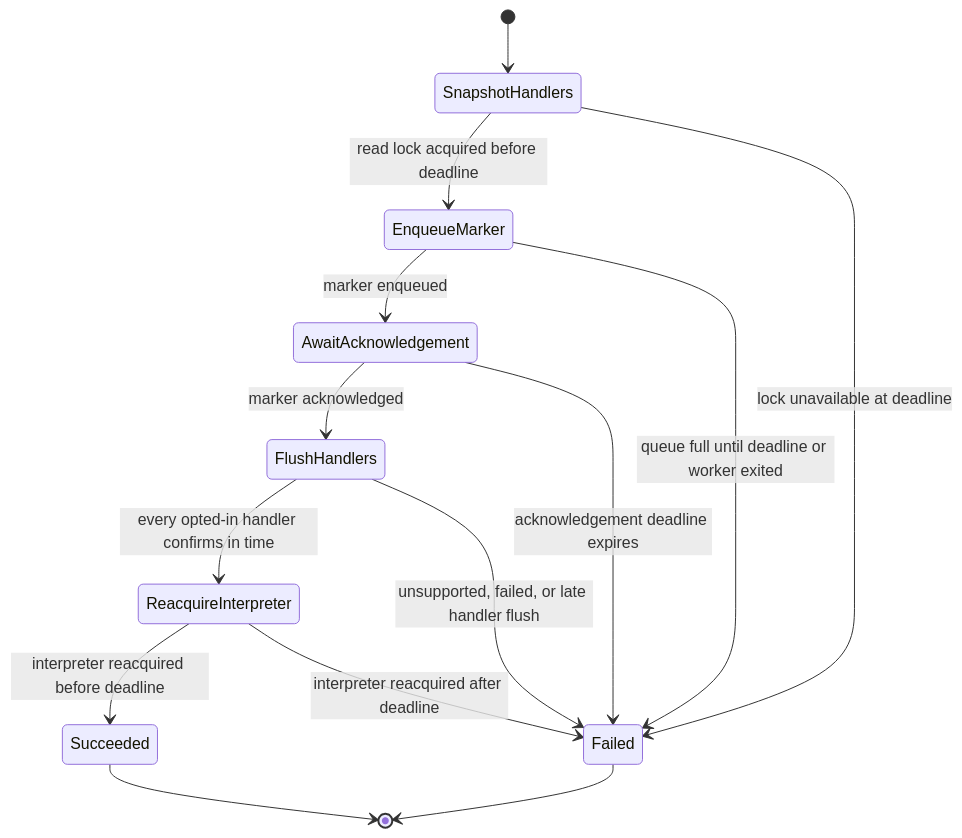
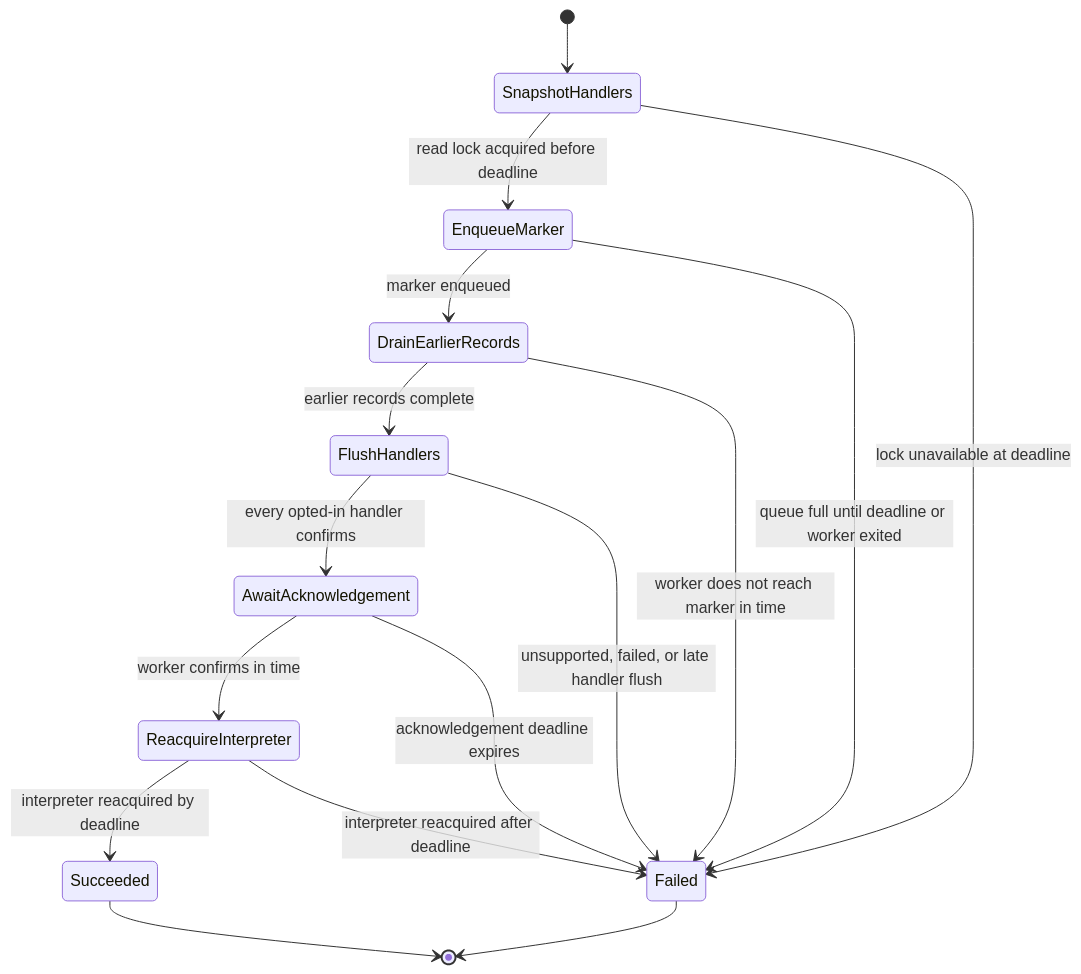
Before and after one commit to leynos/femtologging: the first of 8 diagrams in docs/rust-multithreaded-logging-framework-for-python-design.md, drawn with Mermaid. The commit also changed other lines of this file and 8 other files, not shown here.

First line of the commit message:
Bound handler flushes to the barrier deadline (#438)

````diff
--- a/docs/rust-multithreaded-logging-framework-for-python-design.md
+++ b/docs/rust-multithreaded-logging-framework-for-python-design.md
@@ -220,16 +222,18 @@
 ```mermaid
 stateDiagram-v2
     [*] --> SnapshotHandlers
     SnapshotHandlers --> EnqueueMarker: read lock acquired before deadline
     SnapshotHandlers --> Failed: lock unavailable at deadline
-    EnqueueMarker --> AwaitAcknowledgement: marker enqueued
+    EnqueueMarker --> DrainEarlierRecords: marker enqueued
     EnqueueMarker --> Failed: queue full until deadline or worker exited
-    AwaitAcknowledgement --> FlushHandlers: marker acknowledged
+    DrainEarlierRecords --> FlushHandlers: earlier records complete
+    DrainEarlierRecords --> Failed: worker does not reach marker in time
+    FlushHandlers --> AwaitAcknowledgement: every opted-in handler confirms
+    FlushHandlers --> Failed: unsupported, failed, or late handler flush
+    AwaitAcknowledgement --> ReacquireInterpreter: worker confirms in time
     AwaitAcknowledgement --> Failed: acknowledgement deadline expires
-    FlushHandlers --> ReacquireInterpreter: every opted-in handler confirms in time
-    FlushHandlers --> Failed: unsupported, failed, or late handler flush
-    ReacquireInterpreter --> Succeeded: interpreter reacquired before deadline
+    ReacquireInterpreter --> Succeeded: interpreter reacquired by deadline
     ReacquireInterpreter --> Failed: interpreter reacquired after deadline
     Succeeded --> [*]
     Failed --> [*]
 ```
````
